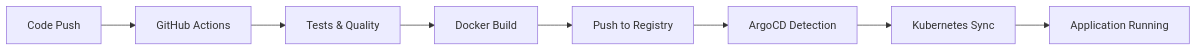
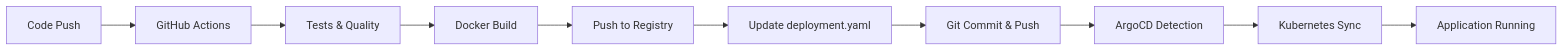
Before and after one commit to mafin/k8sapp: the diagram in ARGOCD_GITOPS.md, drawn with Mermaid. The commit also changed other lines of this file and 3 other files, not shown here.

First line of the commit message:
Automate deployment updates with GitHub Actions and ArgoCD sync improvements

````diff
--- a/ARGOCD_GITOPS.md
+++ b/ARGOCD_GITOPS.md
@@ -116,10 +116,12 @@
 ```mermaid
 graph LR
     A[Code Push] --> B[GitHub Actions]
     B --> C[Tests & Quality]
     C --> D[Docker Build]
     D --> E[Push to Registry]
-    E --> F[ArgoCD Detection]
-    F --> G[Kubernetes Sync]
-    G --> H[Application Running]
+    E --> F[Update deployment.yaml]
+    F --> G[Git Commit & Push]
+    G --> H[ArgoCD Detection]
+    H --> I[Kubernetes Sync]
+    I --> J[Application Running]
 ```
````
